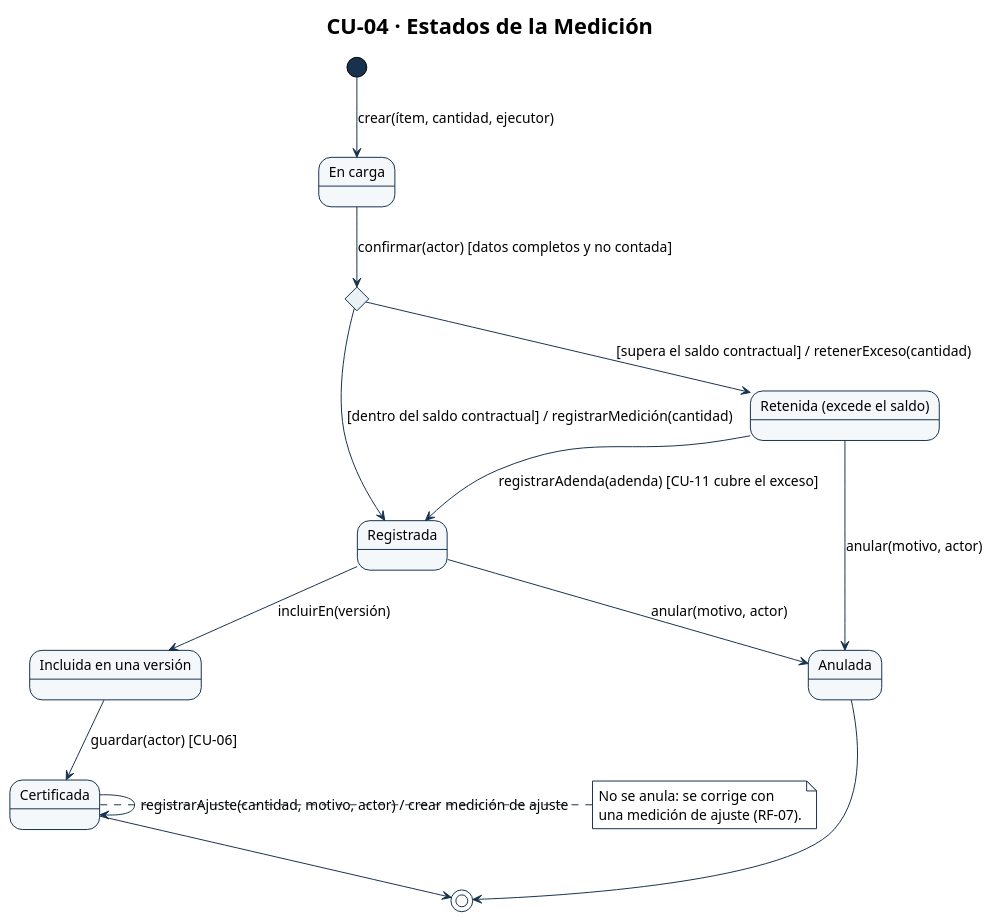
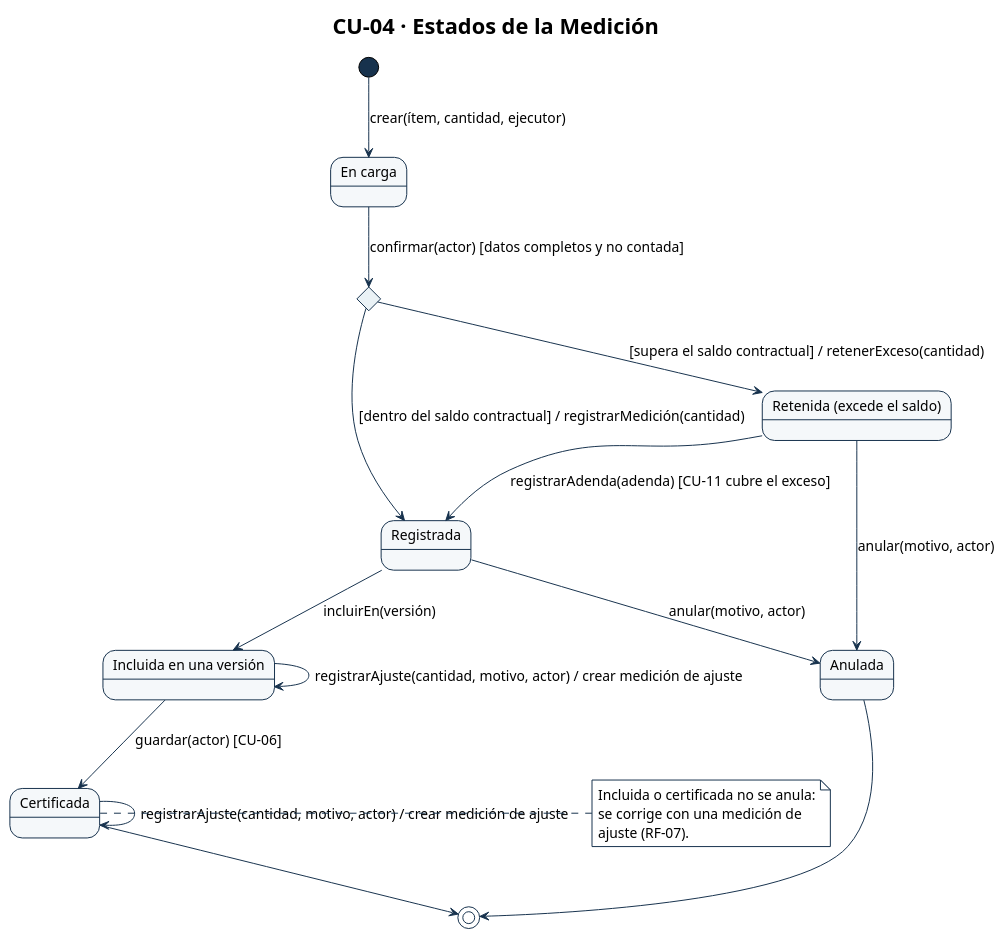
One commit to Ssrrb/tpf-uca changed the diagram in diagramas/CU-04-estados.puml. Above: the diagram before and after it, drawn with PlantUML. The commit also changed 4 other files, not shown here.

```diff
--- a/diagramas/CU-04-estados.puml
+++ b/diagramas/CU-04-estados.puml
@@ -1,61 +1,63 @@
 @startuml
 !theme plain
 skinparam style strictuml
 skinparam shadowing false
 skinparam defaultFontName Arial
 skinparam defaultFontSize 14
 skinparam ArrowColor #17324D
 skinparam activity {
   StartColor #17324D
   EndColor #17324D
   BarColor #17324D
   BackgroundColor #F5F8FA
   BorderColor #17324D
   DiamondBackgroundColor #EAF2F6
   DiamondBorderColor #17324D
 }
 skinparam swimlane {
   BorderColor #17324D
   TitleBackgroundColor #EAF2F6
 }
 skinparam state {
   StartColor #17324D
   EndColor #17324D
   BackgroundColor #F5F8FA
   BorderColor #17324D
 }
 skinparam package {
   BackgroundColor #EAF2F6
   BorderColor #17324D
 }
 skinparam note {
   BackgroundColor #FFFFFF
   BorderColor #17324D
 }
 title CU-04 · Estados de la Medición
 state confirmacion <<choice>>
 state "En carga" as en_carga
 state "Registrada" as registrada
 state "Retenida (excede el saldo)" as retenida
 state "Incluida en una versión" as incluida
 state "Certificada" as certificada
 state "Anulada" as anulada
 
 [*] --> en_carga : crear(ítem, cantidad, ejecutor)
 en_carga --> confirmacion : confirmar(actor) [datos completos y no contada]
 confirmacion --> registrada : [dentro del saldo contractual] / registrarMedición(cantidad)
 confirmacion --> retenida : [supera el saldo contractual] / retenerExceso(cantidad)
 retenida --> registrada : registrarAdenda(adenda) [CU-11 cubre el exceso]
 registrada --> anulada : anular(motivo, actor)
 retenida --> anulada : anular(motivo, actor)
 registrada --> incluida : incluirEn(versión)
 incluida --> certificada : guardar(actor) [CU-06]
+incluida --> incluida : registrarAjuste(cantidad, motivo, actor) / crear medición de ajuste
 certificada --> certificada : registrarAjuste(cantidad, motivo, actor) / crear medición de ajuste
 anulada --> [*]
 certificada --> [*]
 
 note right of certificada
-  No se anula: se corrige con
-  una medición de ajuste (RF-07).
+  Incluida o certificada no se anula:
+  se corrige con una medición de
+  ajuste (RF-07).
 end note
 @enduml
```
